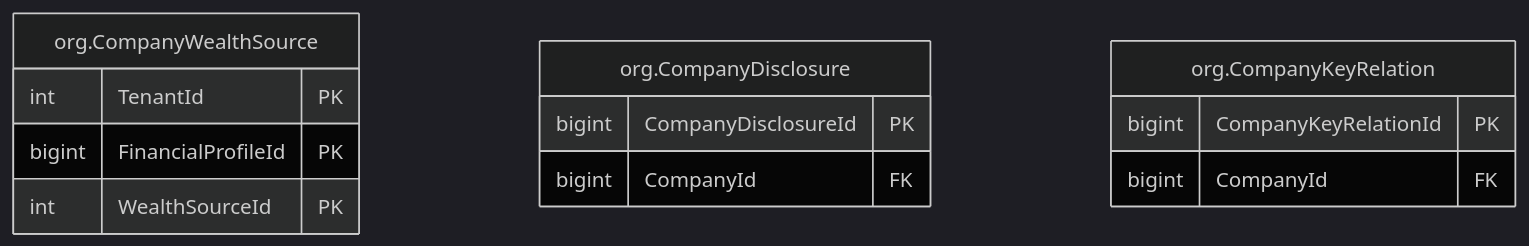
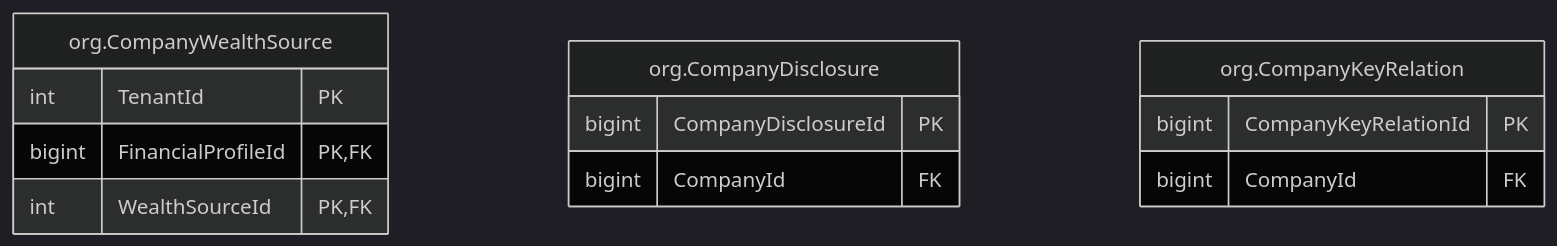
The diagram in treasury-platform/docs/diagrams/erd/m1_company_kyc_2.mmd (thawrasy/smartlines), drawn with Mermaid (dark theme) before and after one commit. The commit also changed 139 other files, not shown here.

```diff
--- a/treasury-platform/docs/diagrams/erd/m1_company_kyc_2.mmd
+++ b/treasury-platform/docs/diagrams/erd/m1_company_kyc_2.mmd
@@ -1,15 +1,15 @@
 %% م1 · ملف الشركة و KYC (2/2) — Company profile & KYC
 erDiagram
   org_CompanyWealthSource["org.CompanyWealthSource"] {
     int TenantId PK
-    bigint FinancialProfileId PK
-    int WealthSourceId PK
+    bigint FinancialProfileId PK, FK
+    int WealthSourceId PK, FK
   }
   org_CompanyDisclosure["org.CompanyDisclosure"] {
     bigint CompanyDisclosureId PK
     bigint CompanyId FK
   }
   org_CompanyKeyRelation["org.CompanyKeyRelation"] {
     bigint CompanyKeyRelationId PK
     bigint CompanyId FK
   }
```
